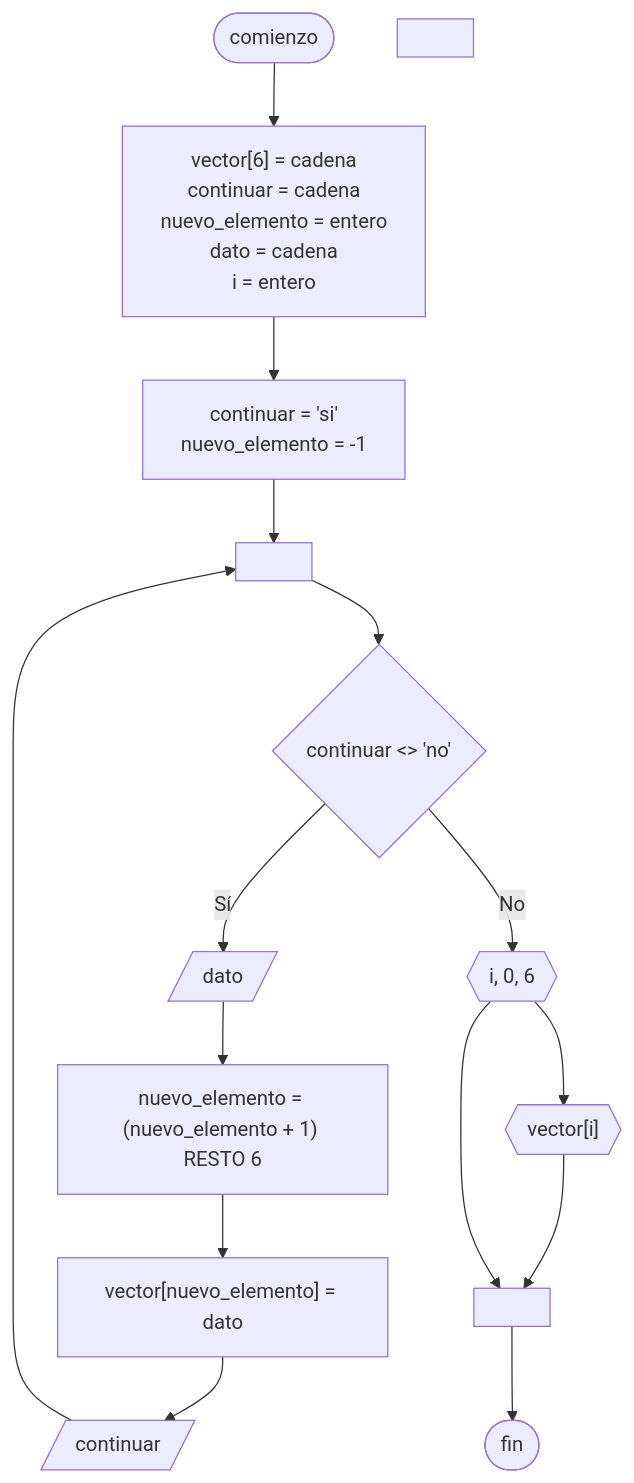
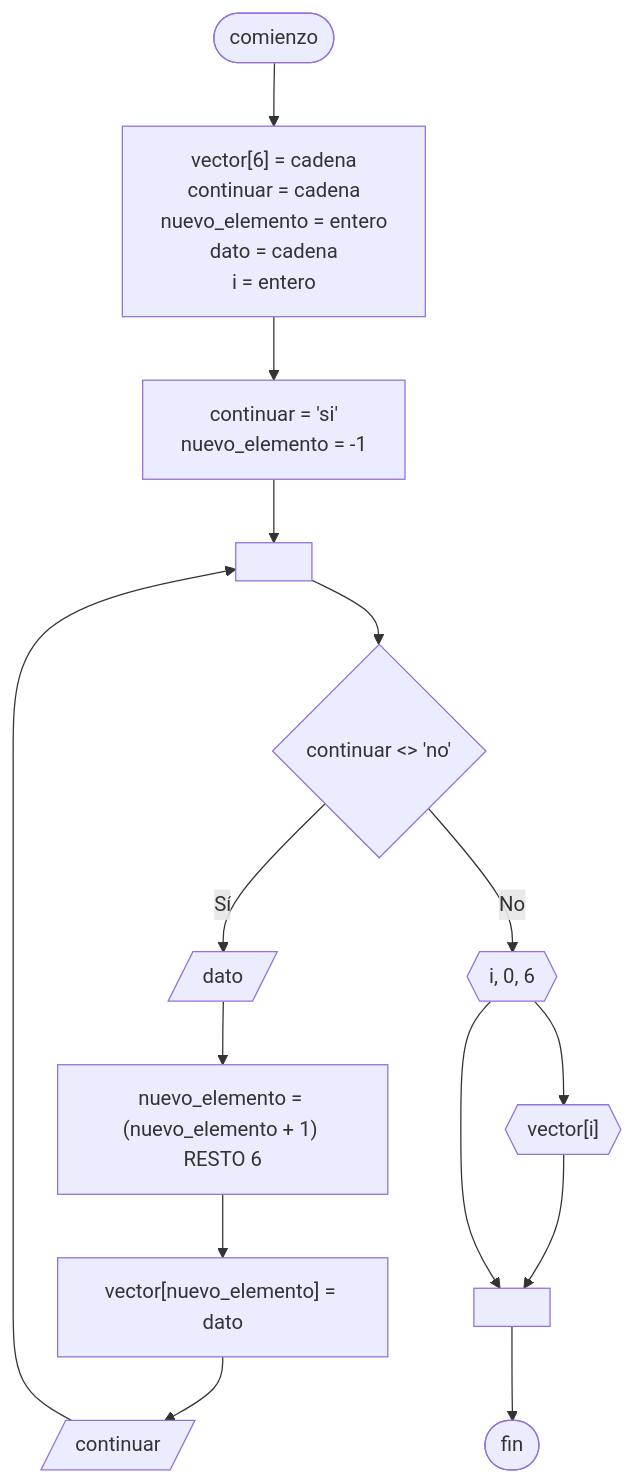
Before and after one commit to martinstanicio/ingenieria-en-sistemas: the diagram in Algoritmos y Estructuras de Datos/Vector circular.md, drawn with Mermaid. The commit also changed other lines of this file and 1 other file, not shown here.

````diff
--- a/Algoritmos y Estructuras de Datos/Vector circular.md
+++ b/Algoritmos y Estructuras de Datos/Vector circular.md
@@ -23,31 +23,30 @@
 ```mermaid
 flowchart TB
 	comienzo([comienzo])
     
 	declaracion["`vector[6] = cadena
 	continuar = cadena
 	nuevo_elemento = entero
 	dato = cadena
 	i = entero`"]
 	inicializar["`continuar = 'si'
 	nuevo_elemento = -1`"]
 	
 	while{"continuar <> 'no'"}
 	dato[/dato/]
 	nuevo_elemento["nuevo_elemento = (nuevo_elemento + 1) RESTO 6"]
 	vector["vector[nuevo_elemento] = dato"]
 	continuar[/continuar/]
 	
 	for{{"i, 0, 6"}}
 	mostrar{{"vector[i]"}}
     
 	fin([fin])
 	
 	a[" "]
 	b[" "]
-	c[" "]
     
 	comienzo --> declaracion --> inicializar --> a --> while -- "Sí" --> dato --> nuevo_elemento --> vector --> continuar --> a
 	while -- "No" --> for --> mostrar --> b --> fin
 	for --> b
 ```
````
